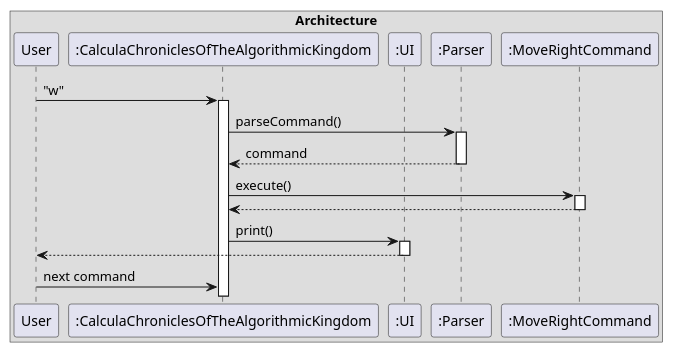
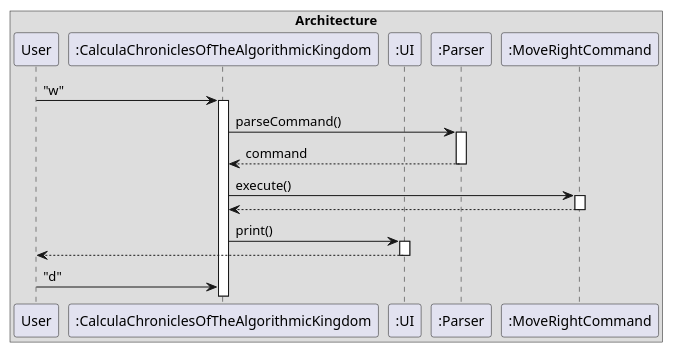
Before and after one commit to aaravrawal52/tp: the diagram in docs/diagrams/Architecture.puml, drawn with PlantUML. The commit also changed 1 other file, not shown here.

```diff
--- a/docs/diagrams/Architecture.puml
+++ b/docs/diagrams/Architecture.puml
@@ -1,26 +1,26 @@
 @startuml
 box Architecture
 participant "User" as user
 participant ":CalculaChroniclesOfTheAlgorithmicKingdom" as main
 participant ":UI" as ui
 participant ":Parser" as parser
 participant ":MoveRightCommand" as command
 
 user -> main : "w"
 activate main
 main -> parser : parseCommand()
 activate parser
 parser --> main : command
 deactivate parser
 main -> command : execute()
 activate command
 command --> main
 deactivate command
 main -> ui : print()
 activate ui
 ui --> user
 deactivate ui
-user -> main : next command
+user -> main : "d"
 
 end box
 @enduml
```
